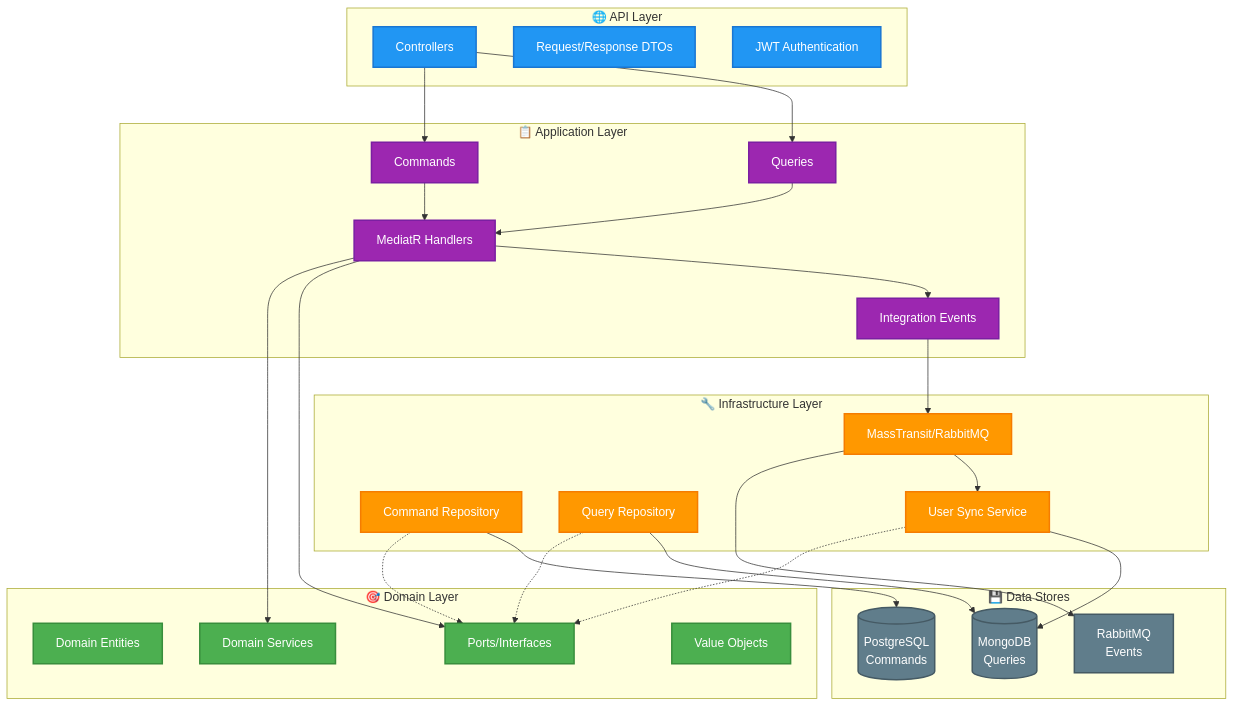
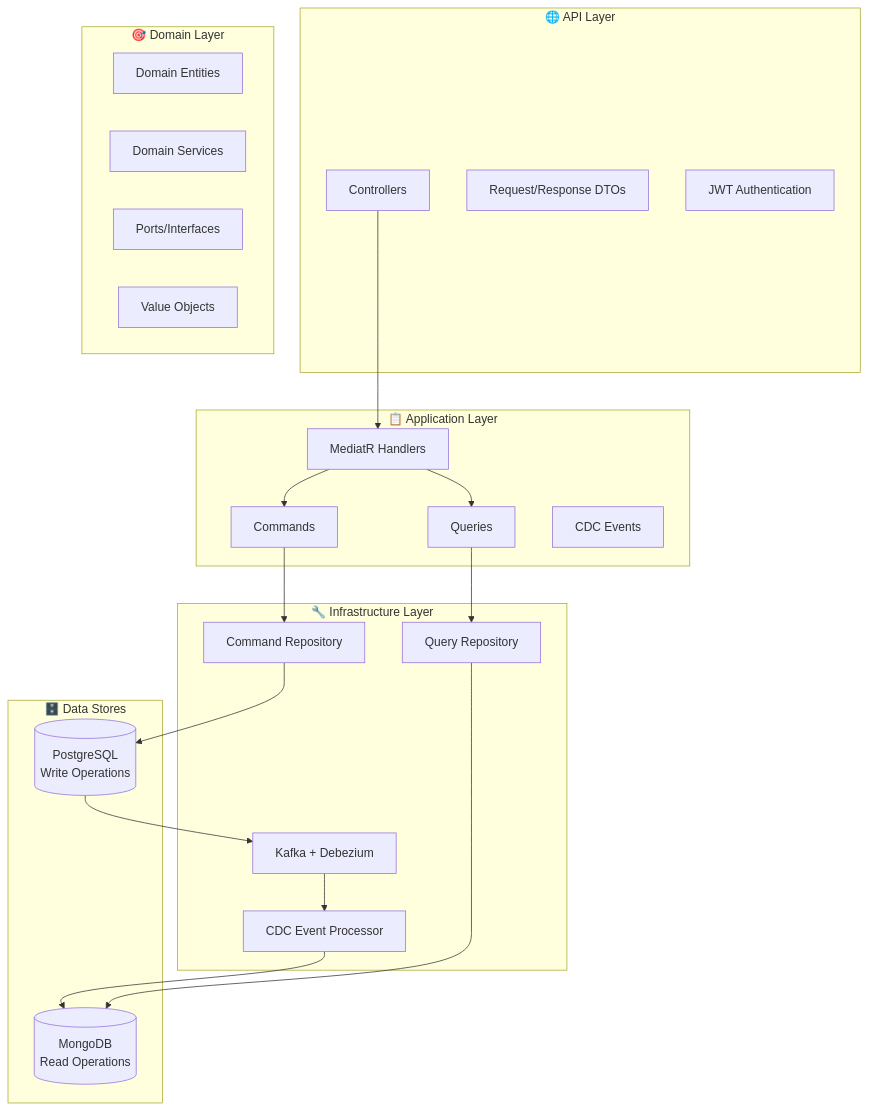
Before and after one commit to asanabrial/.net-api-hexagonal-skeleton: the second of 3 diagrams in README.md, drawn with Mermaid. The commit also changed other lines of this file, not shown here.

Commit message:
docs: Update README to reflect changes in architecture and technology stack, emphasizing Change Data Capture with Debezium and Kafka

````diff
--- a/README.md
+++ b/README.md
@@ -172,74 +189,45 @@
 ```mermaid
 graph TB
     subgraph "🌐 API Layer"
         Controllers[Controllers]
         DTOs[Request/Response DTOs]
         Auth[JWT Authentication]
     end
 
     subgraph "📋 Application Layer"
         Commands[Commands]
         Queries[Queries]
         Handlers[MediatR Handlers]
-        IntEvents[Integration Events]
+        CdcEvents[CDC Events]
     end
 
     subgraph "🎯 Domain Layer"
         Entities[Domain Entities]
         DomainServices[Domain Services]
         Ports[Ports/Interfaces]
         ValueObjects[Value Objects]
     end
 
     subgraph "🔧 Infrastructure Layer"
         WriteRepo[Command Repository]
         ReadRepo[Query Repository]
-        EventSync[User Sync Service]
-        MessageBus[MassTransit/RabbitMQ]
+        CdcProcessor[CDC Event Processor]
+        Kafka[Kafka + Debezium]
     end
 
-    subgraph "💾 Data Stores"
-        PostgreSQL[(PostgreSQL<br/>Commands)]
-        MongoDB[(MongoDB<br/>Queries)]
-        RabbitMQ[RabbitMQ<br/>Events]
+    subgraph "🗄️ Data Stores"
+        PostgreSQL[(PostgreSQL<br/>Write Operations)]
+        MongoDB[(MongoDB<br/>Read Operations)]
     end
 
-    %% API to Application flow
-    Controllers --> Commands
-    Controllers --> Queries
-    Commands --> Handlers
-    Queries --> Handlers
-
-    %% Application to Domain
-    Handlers --> DomainServices
-    Handlers --> Ports
-    Handlers --> IntEvents
-
-    %% Infrastructure implements ports
-    WriteRepo -.-> Ports
-    ReadRepo -.-> Ports
-    EventSync -.-> Ports
-
-    %% Data persistence
+    Controllers --> Handlers
+    Handlers --> Commands
+    Handlers --> Queries
+    Commands --> WriteRepo
+    Queries --> ReadRepo
     WriteRepo --> PostgreSQL
     ReadRepo --> MongoDB
-    MessageBus --> RabbitMQ
-
-    %% Event-driven sync
-    IntEvents --> MessageBus
-    MessageBus --> EventSync
-    EventSync --> MongoDB
-
-    %% Styling
-    classDef apiLayer fill:#2196F3,stroke:#1976D2,stroke-width:2px,color:#fff
-    classDef appLayer fill:#9C27B0,stroke:#7B1FA2,stroke-width:2px,color:#fff
-    classDef domainLayer fill:#4CAF50,stroke:#388E3C,stroke-width:2px,color:#fff
-    classDef infraLayer fill:#FF9800,stroke:#F57C00,stroke-width:2px,color:#fff
-    classDef dataLayer fill:#607D8B,stroke:#455A64,stroke-width:2px,color:#fff
-
-    class Controllers,DTOs,Auth apiLayer
-    class Commands,Queries,Handlers,IntEvents appLayer
-    class Entities,DomainServices,Ports,ValueObjects domainLayer
-    class WriteRepo,ReadRepo,EventSync,MessageBus infraLayer
-    class PostgreSQL,MongoDB,RabbitMQ dataLayer
+    PostgreSQL --> Kafka
+    Kafka --> CdcProcessor
+    CdcProcessor --> MongoDB
 ```
````
